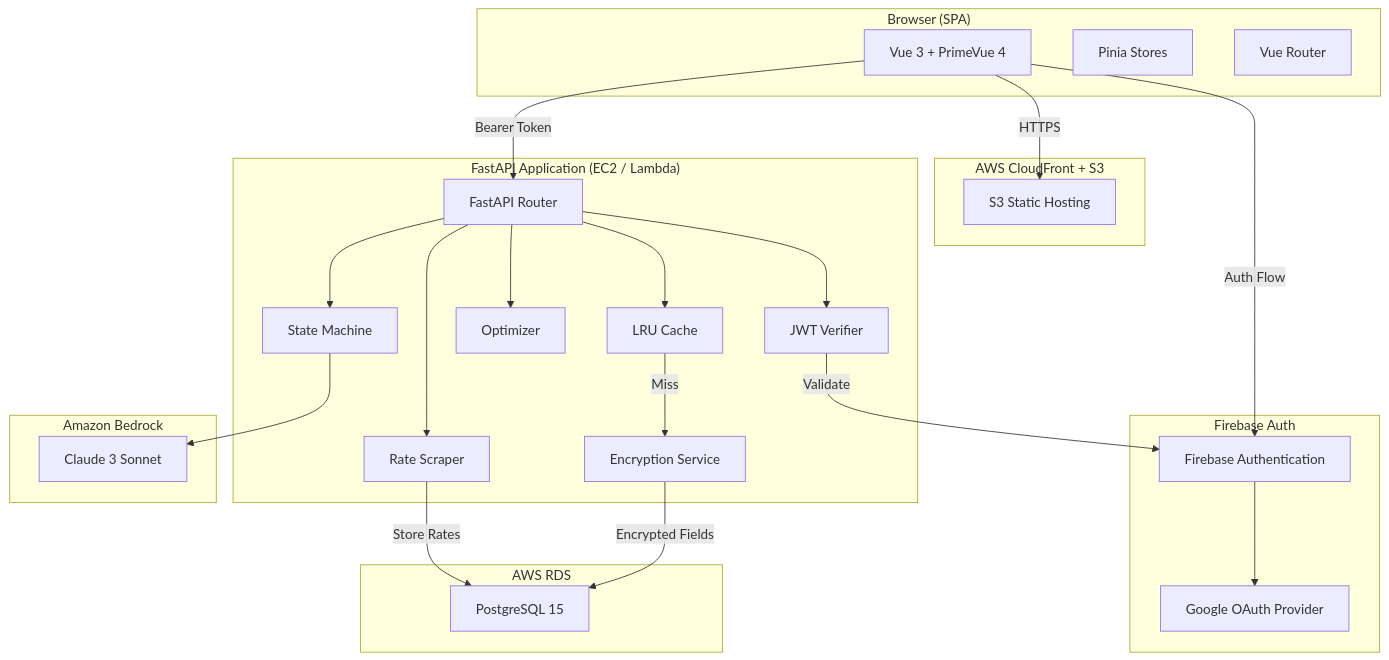
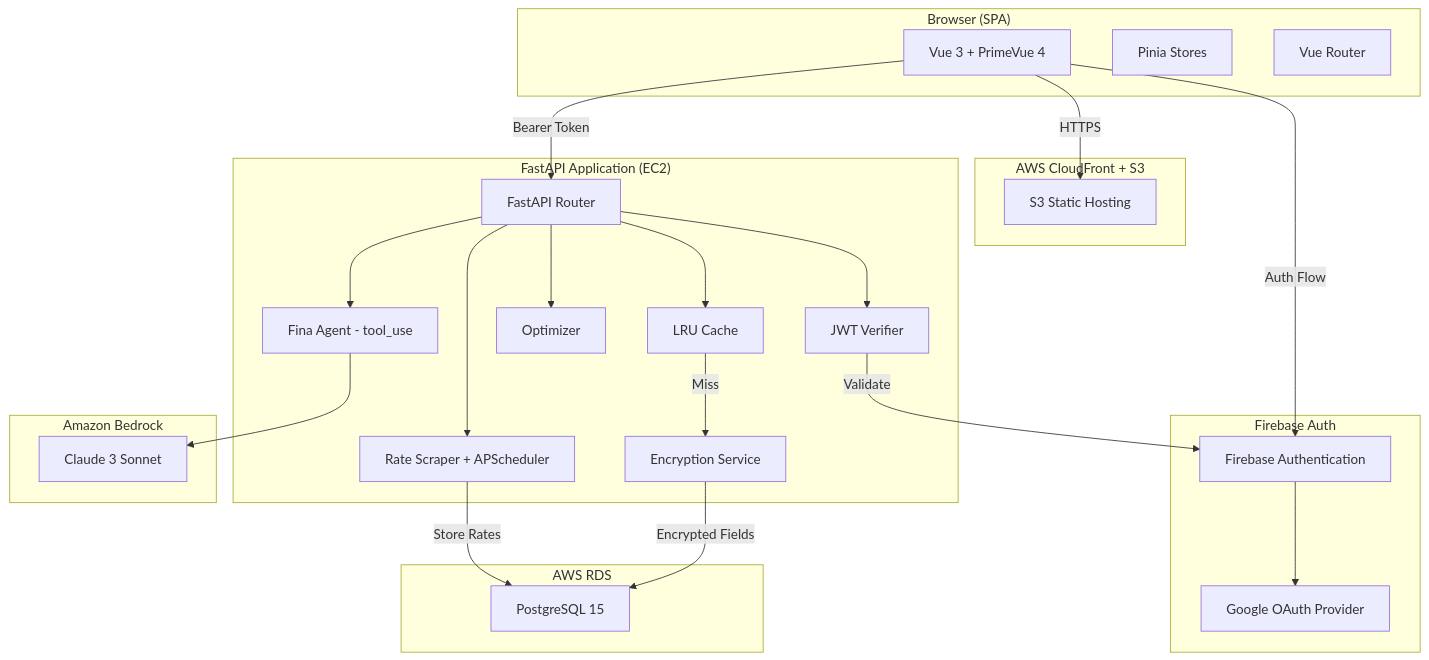
The first of 5 diagrams in .kiro/specs/finalat-platform/design.md (AdrianReyesGordillo/Finalat), drawn with Mermaid before and after one commit. The commit also changed other lines of this file and 67 other files, not shown here.

First line of the commit message:
feat(backend,frontend,infra): Add autonomous AI agent, admin controls, and audit/migration tools

````diff
--- a/.kiro/specs/finalat-platform/design.md
+++ b/.kiro/specs/finalat-platform/design.md
@@ -34,50 +51,50 @@
 ```mermaid
 graph TB
     subgraph Client["Browser (SPA)"]
         VUE[Vue 3 + PrimeVue 4]
         PINIA[Pinia Stores]
         ROUTER[Vue Router]
     end
 
     subgraph CDN["AWS CloudFront + S3"]
         S3[S3 Static Hosting]
     end
 
     subgraph Auth["Firebase Auth"]
         FB_AUTH[Firebase Authentication]
         GOOGLE[Google OAuth Provider]
     end
 
-    subgraph Backend["FastAPI Application (EC2 / Lambda)"]
+    subgraph Backend["FastAPI Application (EC2)"]
         API[FastAPI Router]
         JWT_V[JWT Verifier]
         CACHE[LRU Cache]
         ENC[Encryption Service]
         OPT[Optimizer]
-        SM[State Machine]
-        SCRAPER[Rate Scraper]
+        FINA[Fina Agent - tool_use]
+        SCRAPER[Rate Scraper + APScheduler]
     end
 
     subgraph AI["Amazon Bedrock"]
         CLAUDE[Claude 3 Sonnet]
     end
 
     subgraph DB["AWS RDS"]
         PG[PostgreSQL 15]
     end
 
     VUE -->|HTTPS| S3
     VUE -->|Bearer Token| API
     VUE -->|Auth Flow| FB_AUTH
     FB_AUTH --> GOOGLE
     API --> JWT_V
     JWT_V -->|Validate| FB_AUTH
     API --> CACHE
     CACHE -->|Miss| ENC
     ENC -->|Encrypted Fields| PG
     API --> OPT
-    API --> SM
-    SM --> CLAUDE
+    API --> FINA
+    FINA --> CLAUDE
     API --> SCRAPER
     SCRAPER -->|Store Rates| PG
 ```
````
